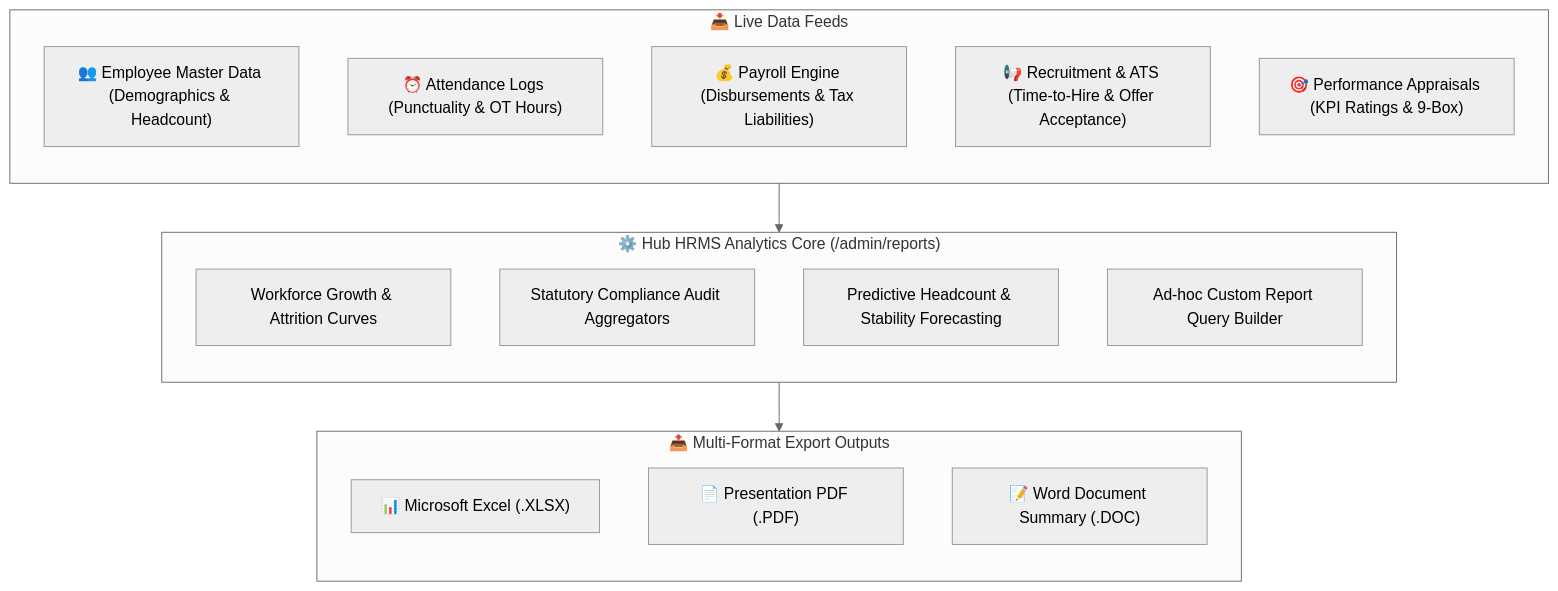
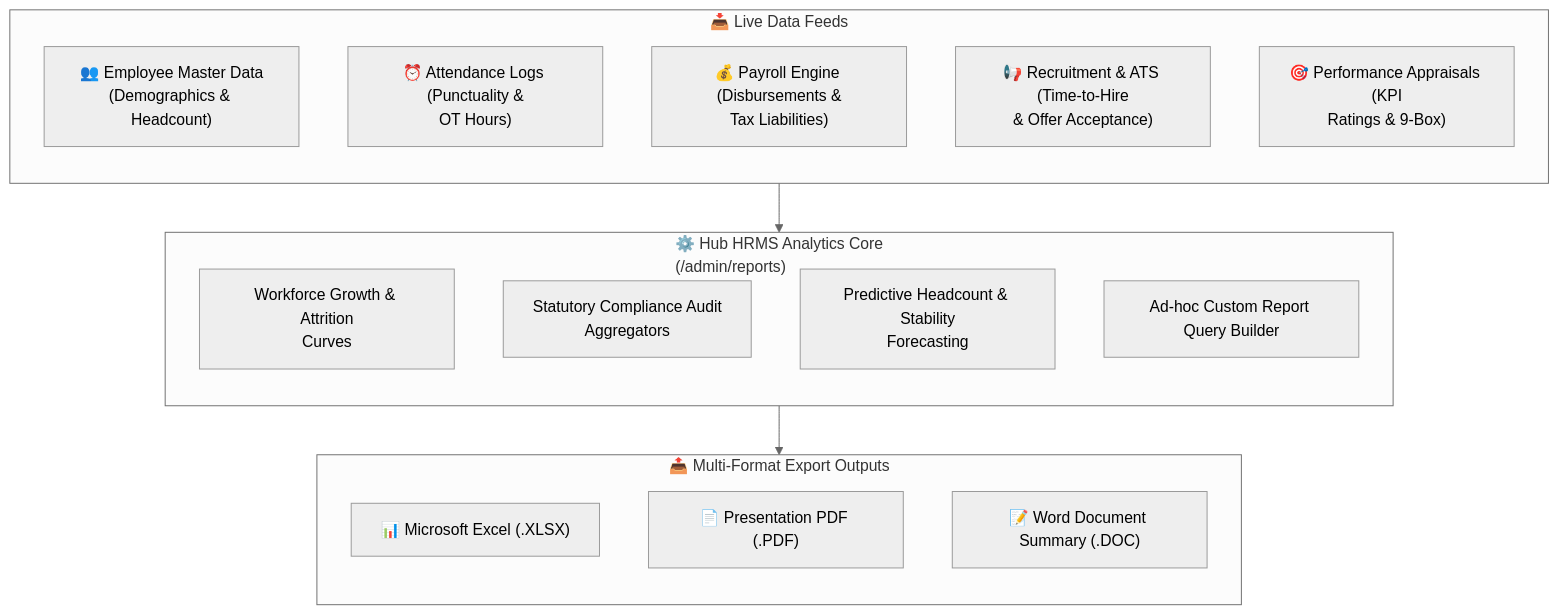
The diagram in docs/hrms/reports.md (SRJ-GROUP/hubnest_user_guide), drawn with Mermaid (neutral theme) before and after one commit. The commit also changed 161 other files, not shown here.

Commit message:
feat: complete HubMeet suite, supervisor portal docs, diagram fixes, and interactive eye-button zoom modal

````diff
--- a/docs/hrms/reports.md
+++ b/docs/hrms/reports.md
@@ -24,29 +24,29 @@
 ```mermaid
 graph TB
     subgraph DataSources["📥 Live Data Feeds"]
         direction TB
-        S1["👥 Employee Master Data (Demographics & Headcount)"]
-        S2["⏰ Attendance Logs (Punctuality & OT Hours)"]
-        S3["💰 Payroll Engine (Disbursements & Tax Liabilities)"]
-        S4["📢 Recruitment & ATS (Time-to-Hire & Offer Acceptance)"]
-        S5["🎯 Performance Appraisals (KPI Ratings & 9-Box)"]
+        S1["👥 Employee Master Data<br/>(Demographics & Headcount)"]
+        S2["⏰ Attendance Logs (Punctuality &<br/>OT Hours)"]
+        S3["💰 Payroll Engine (Disbursements &<br/>Tax Liabilities)"]
+        S4["📢 Recruitment & ATS (Time-to-Hire<br/>& Offer Acceptance)"]
+        S5["🎯 Performance Appraisals (KPI<br/>Ratings & 9-Box)"]
     end
 
-    subgraph IntelligenceEngine["⚙️ Hub HRMS Analytics Core (/admin/reports)"]
+    subgraph IntelligenceEngine["⚙️ Hub HRMS Analytics Core<br/>(/admin/reports)"]
         direction TB
-        E1["Workforce Growth & Attrition Curves"]
-        E2["Statutory Compliance Audit Aggregators"]
-        E3["Predictive Headcount & Stability Forecasting"]
+        E1["Workforce Growth & Attrition<br/>Curves"]
+        E2["Statutory Compliance Audit<br/>Aggregators"]
+        E3["Predictive Headcount & Stability<br/>Forecasting"]
         E4["Ad-hoc Custom Report Query Builder"]
     end
 
     subgraph Formats["📤 Multi-Format Export Outputs"]
         direction TB
         F1["📊 Microsoft Excel (.XLSX)"]
         F2["📄 Presentation PDF (.PDF)"]
         F3["📝 Word Document Summary (.DOC)"]
     end
 
     DataSources --> IntelligenceEngine
     IntelligenceEngine --> Formats
 ```
````
